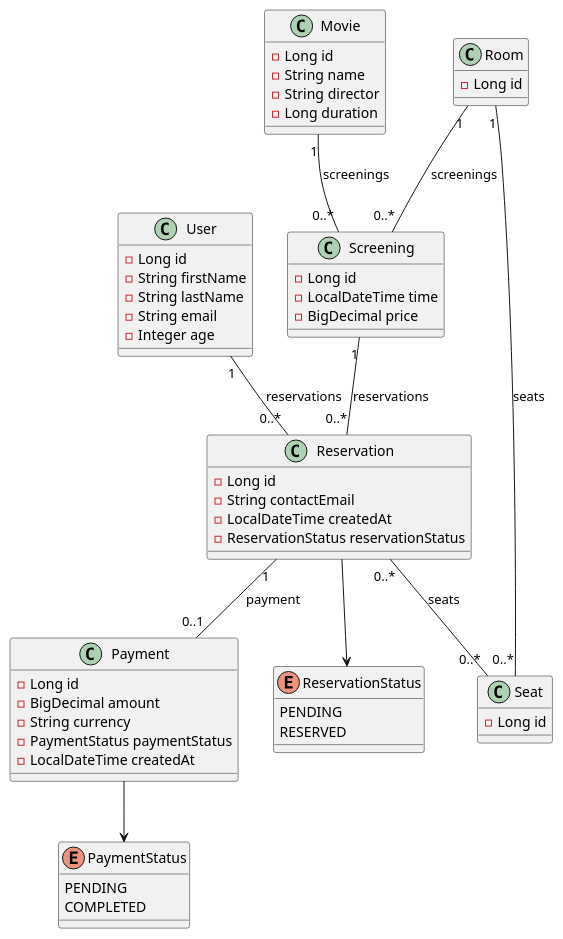
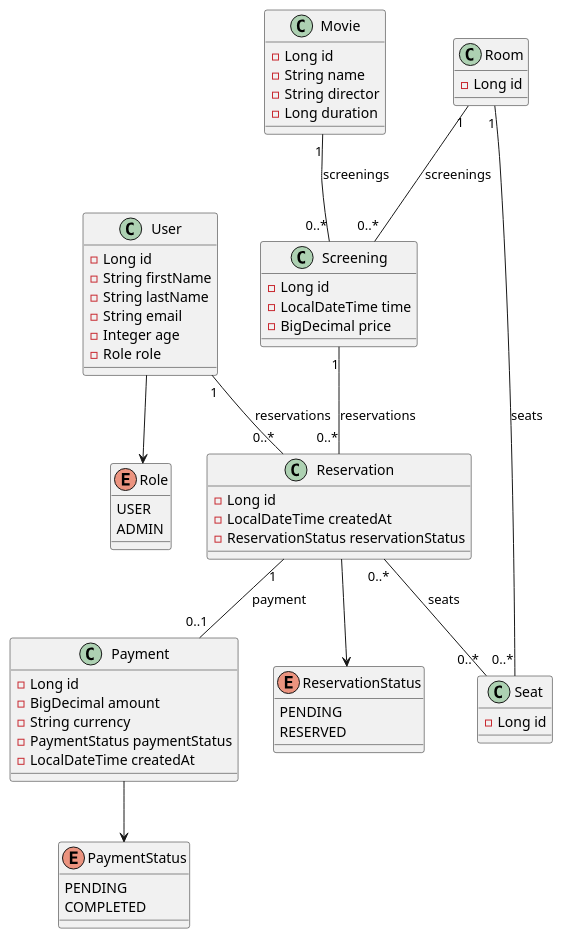
One commit to MatinoTekkit/swi_cinema changed the diagram in diagrams/ClassDiagram.puml. Above: the diagram before and after it, drawn with PlantUML. The commit also changed 1 other file, not shown here.

Commit message:
remove contactEmail and add Role

```diff
--- a/diagrams/ClassDiagram.puml
+++ b/diagrams/ClassDiagram.puml
@@ -1,73 +1,79 @@
 @startuml Class
 
 class User {
     - Long id
     - String firstName
     - String lastName
     - String email
     - Integer age
+    - Role role
 }
 
 class Movie {
     - Long id
     - String name
     - String director
     - Long duration
 }
 
 class Screening {
     - Long id
     - LocalDateTime time
     - BigDecimal price
 }
 
 class Room {
     - Long id
 }
 
 class Seat {
     - Long id
 }
 
 class Reservation {
     - Long id
-    - String contactEmail
     - LocalDateTime createdAt
     - ReservationStatus reservationStatus
 }
 
 class Payment {
     - Long id
     - BigDecimal amount
     - String currency
     - PaymentStatus paymentStatus
     - LocalDateTime createdAt
+}
+
+enum Role {
+    USER
+    ADMIN
 }
 
 enum ReservationStatus {
     PENDING
     RESERVED
 }
 
 enum PaymentStatus {
     PENDING
     COMPLETED
 }
 
 User "1" -- "0..*" Reservation : reservations
 
 Movie "1" -- "0..*" Screening : screenings
 
 Room "1" -- "0..*" Screening : screenings
 
 Room "1" -- "0..*" Seat : seats
 
 Screening "1" -- "0..*" Reservation : reservations
 
 Reservation "0..*" -- "0..*" Seat : seats
 
 Reservation "1" -- "0..1" Payment : payment
 
+User --> Role
 Reservation --> ReservationStatus
 Payment --> PaymentStatus
 @enduml
```
